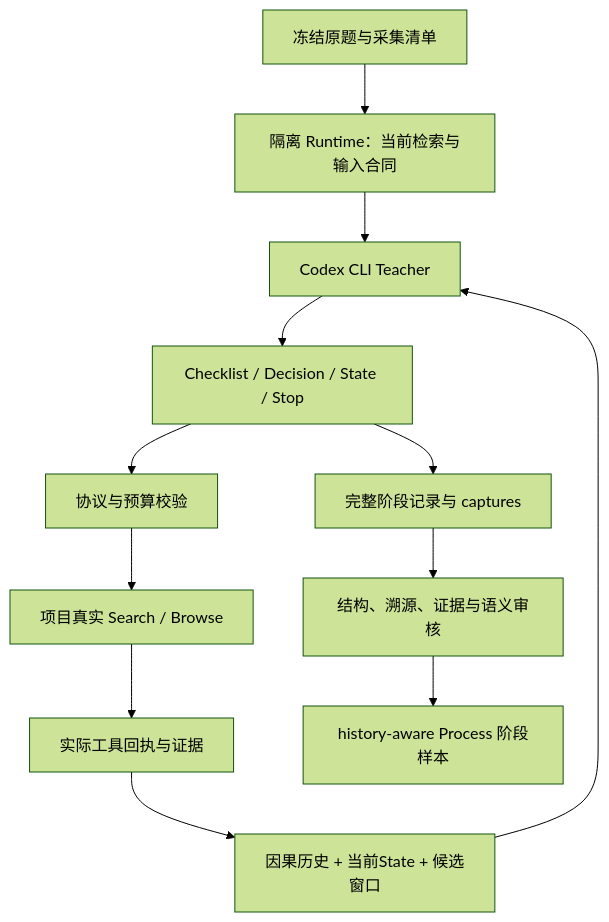
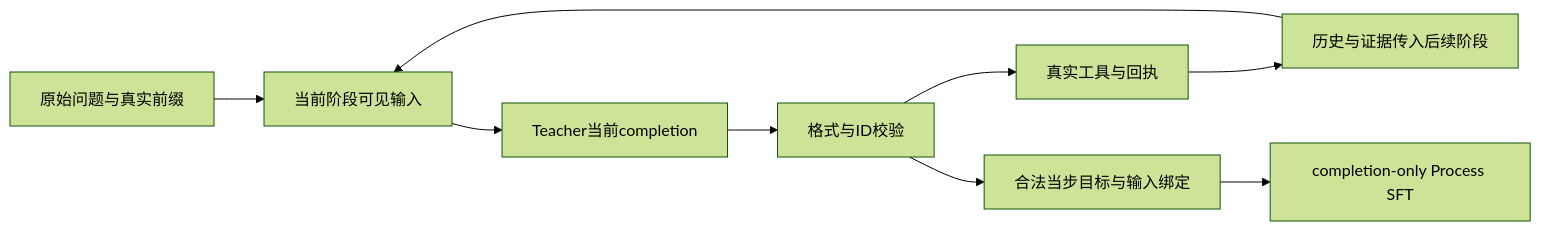
The diagram in docs/codex_cli_collection.md (MaSunKing/medical-research-agent-grpo), drawn with Mermaid (forest theme) before and after one commit. The commit also changed other lines of this file and 10 other files, not shown here.

Commit message:
docs: align version three and engineering diagrams with current Process runtime

````diff
--- a/docs/codex_cli_collection.md
+++ b/docs/codex_cli_collection.md
@@ -9,14 +16,11 @@
 ```mermaid
-flowchart TB
-    Q[冻结原题与采集清单] --> R[隔离 Runtime：当前检索与输入合同]
-    R --> Teacher[Codex CLI Teacher]
-    Teacher --> C[Checklist / Decision / State / Stop]
-    C --> Check[协议与预算校验]
-    Check --> Tools[项目真实 Search / Browse]
-    Tools --> Receipt[实际工具回执与证据]
-    Receipt --> History[因果历史 + 当前State + 候选窗口]
-    History --> Teacher
-    C --> Records[完整阶段记录与 captures]
-    Records --> Gate[结构、溯源、证据与语义审核]
-    Gate --> SFT[history-aware Process 阶段样本]
+flowchart LR
+    Q[原始问题与真实前缀] --> Input[当前阶段可见输入]
+    Input --> Teacher[Teacher当前completion]
+    Teacher --> Check[格式与ID校验]
+    Check --> Tools[真实工具与回执]
+    Tools --> History[历史与证据传入后续阶段]
+    History --> Input
+    Check --> Samples[合法当步目标与输入绑定]
+    Samples --> SFT[completion-only Process SFT]
 ```
````
